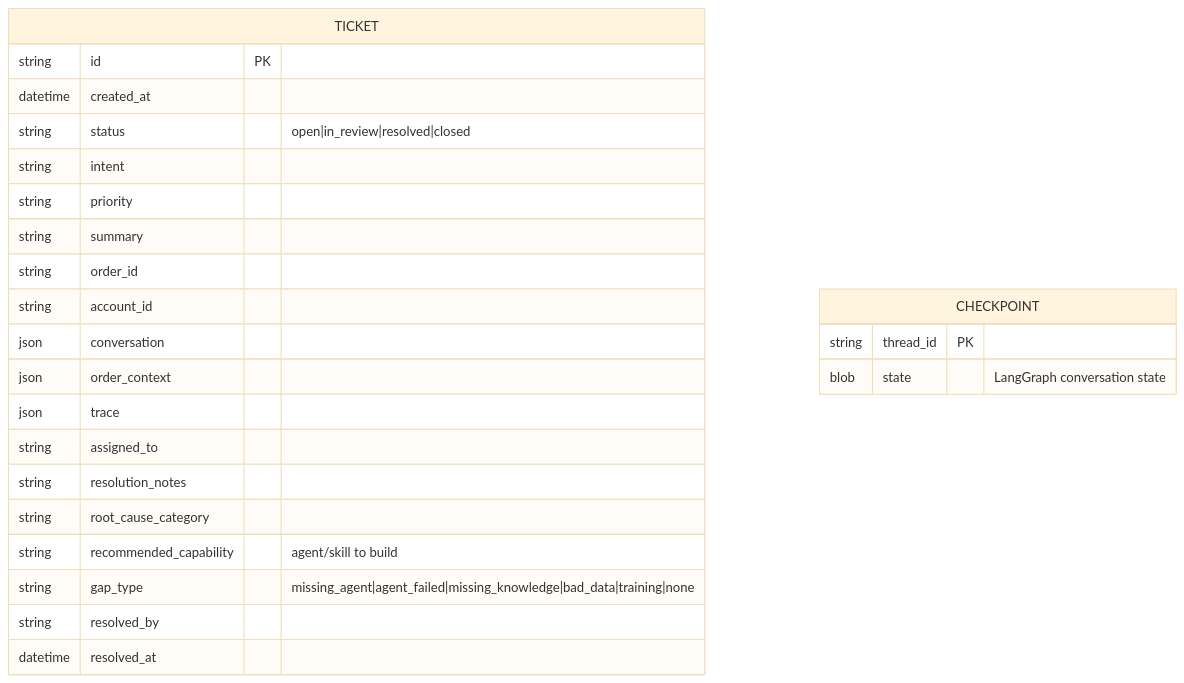
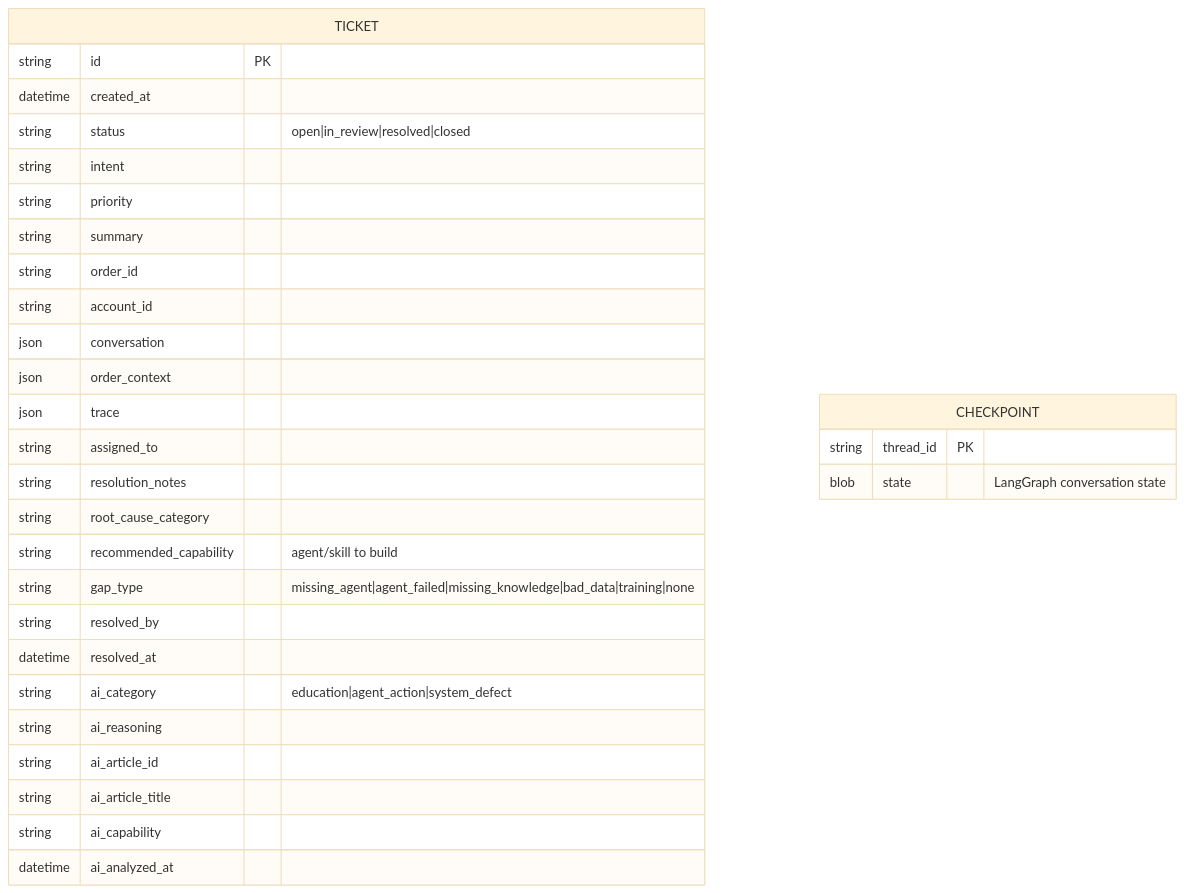
The sixth of 6 diagrams in docs/01-solution-architecture.md (gmilhon/RepAssist), drawn with Mermaid (base theme) before and after one commit. The commit also changed other lines of this file and 17 other files, not shown here.

````diff
--- a/docs/01-solution-architecture.md
+++ b/docs/01-solution-architecture.md
@@ -179,27 +179,33 @@
 ```mermaid
 erDiagram
     TICKET {
         string id PK
         datetime created_at
         string status "open|in_review|resolved|closed"
         string intent
         string priority
         string summary
         string order_id
         string account_id
         json conversation
         json order_context
         json trace
         string assigned_to
         string resolution_notes
         string root_cause_category
         string recommended_capability "agent/skill to build"
         string gap_type "missing_agent|agent_failed|missing_knowledge|bad_data|training|none"
         string resolved_by
         datetime resolved_at
+        string ai_category "education|agent_action|system_defect"
+        string ai_reasoning
+        string ai_article_id
+        string ai_article_title
+        string ai_capability
+        datetime ai_analyzed_at
     }
     CHECKPOINT {
         string thread_id PK
         blob state "LangGraph conversation state"
     }
 ```
````
